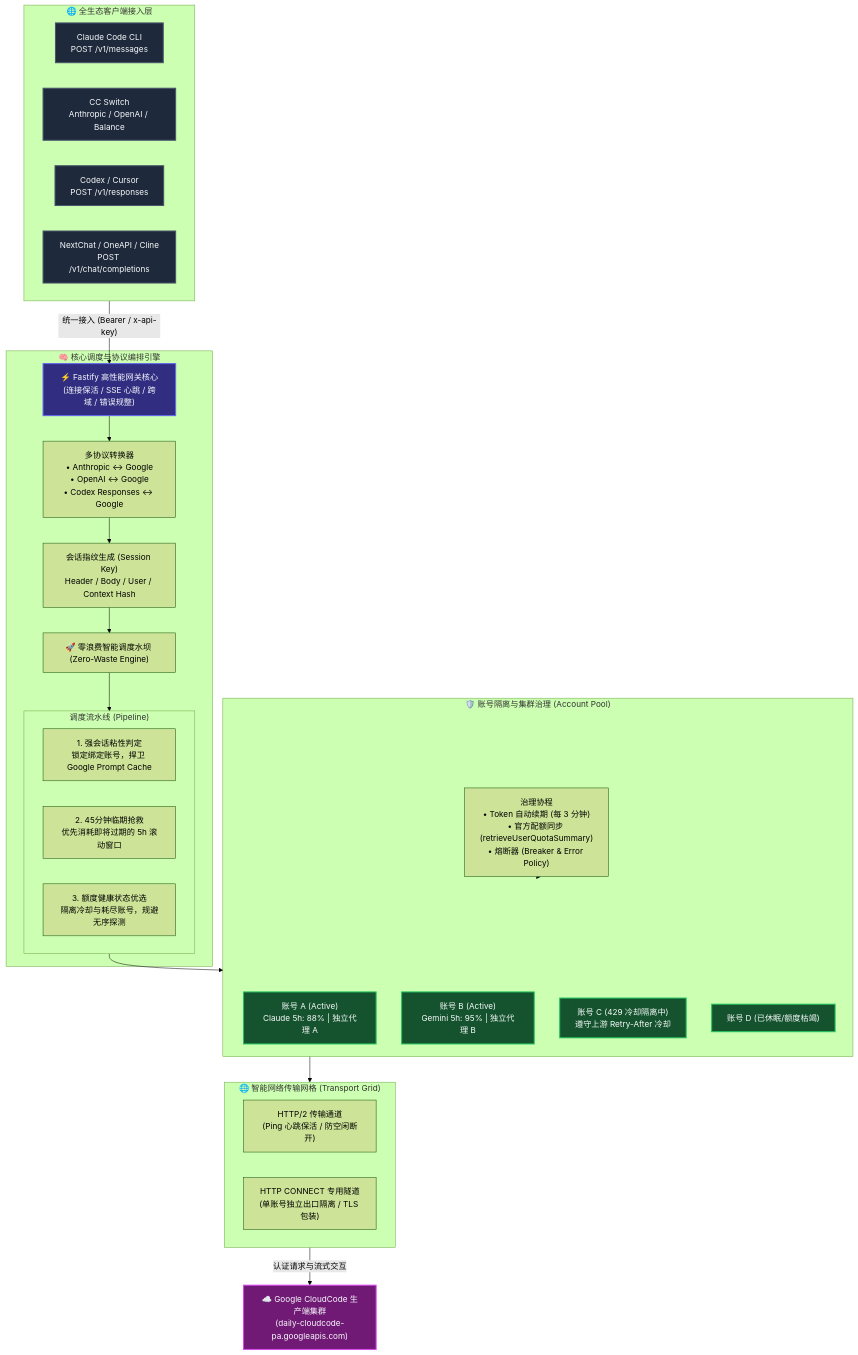
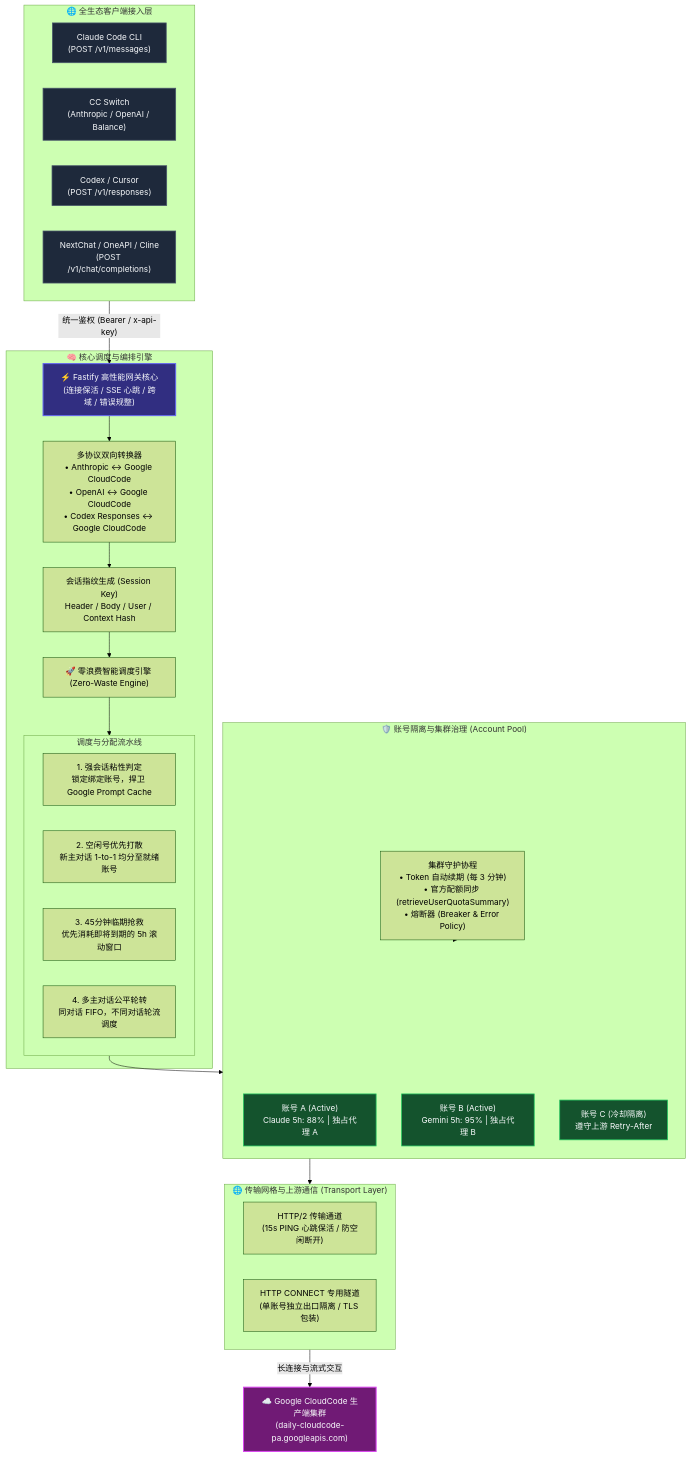
The diagram in README.md (nnnextyear/antigravity-proxy), drawn with Mermaid (forest theme) before and after one commit. The commit also changed other lines of this file, not shown here.

Commit message:
docs: overhaul README with high-star open source presentation

````diff
--- a/README.md
+++ b/README.md
@@ -74,49 +73,49 @@
 ```mermaid
 flowchart TD
-    classDef client fill:#1e293b,stroke:#475569,stroke-width:2px,color:#f8fafc;
+    classDef client fill:#1e293b,stroke:#475569,stroke-width:1.5px,color:#f8fafc;
     classDef gateway fill:#312e81,stroke:#6366f1,stroke-width:2px,color:#f8fafc;
-    classDef engine fill:#0f172a,stroke:#38bdf8,stroke-width:2px,color:#f8fafc;
-    classDef pool fill:#14532d,stroke:#22c55e,stroke-width:2px,color:#f8fafc;
+    classDef engine fill:#0f172a,stroke:#38bdf8,stroke-width:1.5px,color:#f8fafc;
+    classDef pool fill:#14532d,stroke:#22c55e,stroke-width:1.5px,color:#f8fafc;
     classDef upstream fill:#701a75,stroke:#d946ef,stroke-width:2px,color:#f8fafc;
 
     subgraph Clients["🌐 全生态客户端接入层"]
-        C1["Claude Code CLI\nPOST /v1/messages"]:::client
-        C2["CC Switch\nAnthropic / OpenAI / Balance"]:::client
-        C3["Codex / Cursor\nPOST /v1/responses"]:::client
-        C4["NextChat / OneAPI / Cline\nPOST /v1/chat/completions"]:::client
+        C1["Claude Code CLI\n(POST /v1/messages)"]:::client
+        C2["CC Switch\n(Anthropic / OpenAI / Balance)"]:::client
+        C3["Codex / Cursor\n(POST /v1/responses)"]:::client
+        C4["NextChat / OneAPI / Cline\n(POST /v1/chat/completions)"]:::client
     end
 
-    Clients -->|"统一接入 (Bearer / x-api-key)"| GW["⚡ Fastify 高性能网关核心\n(连接保活 / SSE 心跳 / 跨域 / 错误规整)"]:::gateway
+    Clients -->|"统一鉴权 (Bearer / x-api-key)"| GW["⚡ Fastify 高性能网关核心\n(连接保活 / SSE 心跳 / 跨域 / 错误规整)"]:::gateway
 
-    subgraph Core["🧠 核心调度与协议编排引擎"]
-        GW --> Adapters["多协议转换器\n• Anthropic ↔ Google\n• OpenAI ↔ Google\n• Codex Responses ↔ Google"]
+    subgraph Core["🧠 核心调度与编排引擎"]
+        GW --> Adapters["多协议双向转换器\n• Anthropic ↔ Google CloudCode\n• OpenAI ↔ Google CloudCode\n• Codex Responses ↔ Google CloudCode"]
         Adapters --> Fingerprint["会话指纹生成 (Session Key)\nHeader / Body / User / Context Hash"]
-        Fingerprint --> Scheduler["🚀 零浪费智能调度水坝 (Zero-Waste Engine)"]
+        Fingerprint --> Scheduler["🚀 零浪费智能调度引擎 (Zero-Waste Engine)"]
 
-        subgraph Strategies["调度流水线 (Pipeline)"]
-            S1["1. 强会话粘性判定\n锁定绑定账号，捍卫 Google Prompt Cache"]
-            S2["2. 45分钟临期抢救\n优先消耗即将过期的 5h 滚动窗口"]
-            S3["3. 额度健康状态优选\n隔离冷却与耗尽账号，规避无序探测"]
+        subgraph Pipeline["调度与分配流水线"]
+            P1["1. 强会话粘性判定\n锁定绑定账号，捍卫 Google Prompt Cache"]
+            P2["2. 空闲号优先打散\n新主对话 1-to-1 均分至就绪账号"]
+            P3["3. 45分钟临期抢救\n优先消耗即将到期的 5h 滚动窗口"]
+            P4["4. 多主对话公平轮转\n同对话 FIFO，不同对话轮流调度"]
         end
-        Scheduler --> Strategies
+        Scheduler --> Pipeline
     end
 
     subgraph AccountCluster["🛡️ 账号隔离与集群治理 (Account Pool)"]
-        Acc1["账号 A (Active)\nClaude 5h: 88% | 独立代理 A"]:::pool
-        Acc2["账号 B (Active)\nGemini 5h: 95% | 独立代理 B"]:::pool
-        Acc3["账号 C (429 冷却隔离中)\n遵守上游 Retry-After 冷却"]:::pool
-        Acc4["账号 D (已休眠/额度枯竭)"]:::pool
+        Acc1["账号 A (Active)\nClaude 5h: 88% | 独占代理 A"]:::pool
+        Acc2["账号 B (Active)\nGemini 5h: 95% | 独占代理 B"]:::pool
+        Acc3["账号 C (冷却隔离)\n遵守上游 Retry-After"]:::pool
         
-        Governance["治理协程\n• Token 自动续期 (每 3 分钟)\n• 官方配额同步 (retrieveUserQuotaSummary)\n• 熔断器 (Breaker & Error Policy)"]
+        Governance["集群守护协程\n• Token 自动续期 (每 3 分钟)\n• 官方配额同步 (retrieveUserQuotaSummary)\n• 熔断器 (Breaker & Error Policy)"]
     end
-    Strategies --> AccountCluster
+    Pipeline --> AccountCluster
     Governance -.-> AccountCluster
 
-    subgraph Network["🌐 智能网络传输网格 (Transport Grid)"]
-        H2["HTTP/2 传输通道\n(Ping 心跳保活 / 防空闲断开)"]
+    subgraph Network["🌐 传输网格与上游通信 (Transport Layer)"]
+        H2["HTTP/2 传输通道\n(15s PING 心跳保活 / 防空闲断开)"]
         Tunnel["HTTP CONNECT 专用隧道\n(单账号独立出口隔离 / TLS 包装)"]
     end
     AccountCluster --> Network
 
-    Network -->|"认证请求与流式交互"| Upstream["☁️ Google CloudCode 生产端集群\n(daily-cloudcode-pa.googleapis.com)"]:::upstream
+    Network -->|"长连接与流式交互"| Upstream["☁️ Google CloudCode 生产端集群\n(daily-cloudcode-pa.googleapis.com)"]:::upstream
 ```
````
